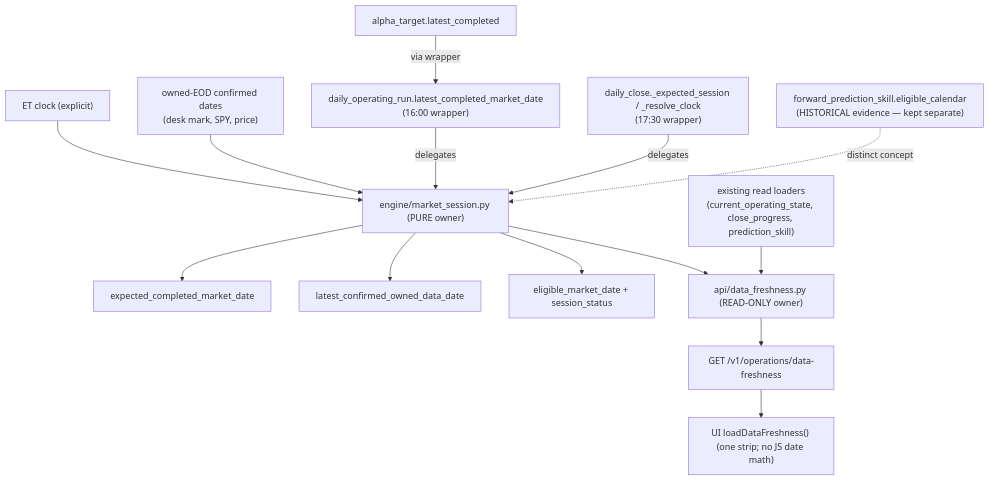
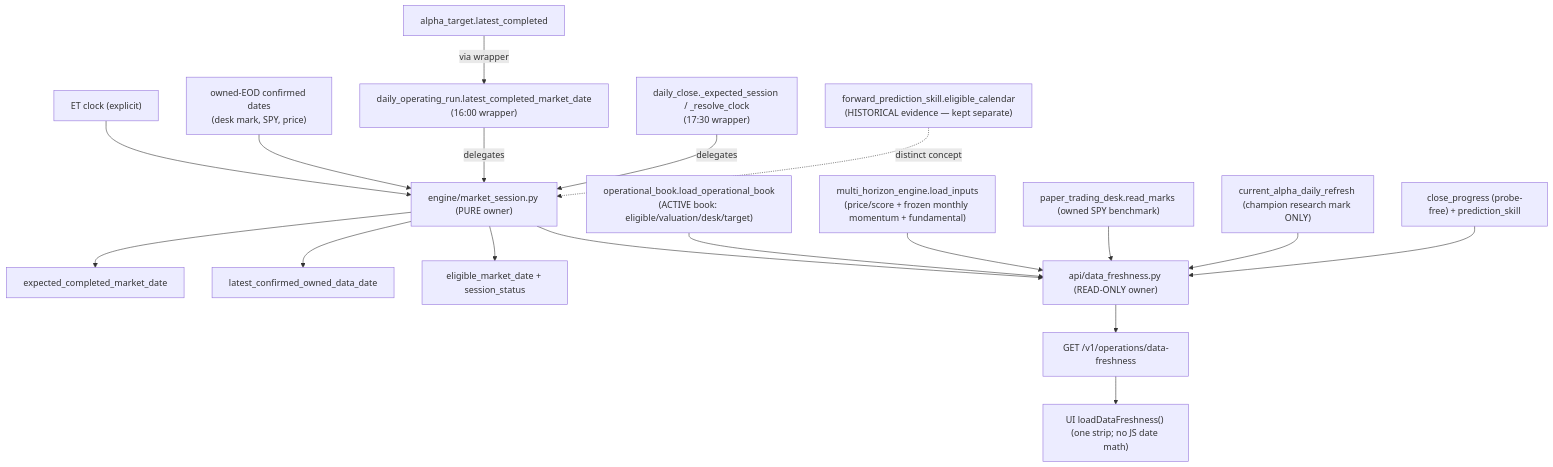
The sixth of 6 diagrams in docs/CURRENT_ARCHITECTURE.md (cdricb05/Market_copilot), drawn with Mermaid before and after one commit. The commit also changed other lines of this file and 7 other files, not shown here.

````diff
--- a/docs/CURRENT_ARCHITECTURE.md
+++ b/docs/CURRENT_ARCHITECTURE.md
@@ -317,16 +317,20 @@
 ```mermaid
 flowchart TD
   CLOCK["ET clock (explicit)"] --> MS["engine/market_session.py (PURE owner)"]
   OWNED["owned-EOD confirmed dates<br/>(desk mark, SPY, price)"] --> MS
   MS --> EXP["expected_completed_market_date"]
   MS --> CONF["latest_confirmed_owned_data_date"]
   MS --> ELIG["eligible_market_date + session_status"]
   DOR["daily_operating_run.latest_completed_market_date<br/>(16:00 wrapper)"] -->|delegates| MS
   DC["daily_close._expected_session / _resolve_clock<br/>(17:30 wrapper)"] -->|delegates| MS
   AT["alpha_target.latest_completed"] -->|via wrapper| DOR
   MS --> DF["api/data_freshness.py (READ-ONLY owner)"]
-  LOADERS["existing read loaders<br/>(current_operating_state, close_progress, prediction_skill)"] --> DF
+  OPB["operational_book.load_operational_book<br/>(ACTIVE book: eligible/valuation/desk/target)"] --> DF
+  ENGIN["multi_horizon_engine.load_inputs<br/>(price/score + frozen monthly momentum + fundamental)"] --> DF
+  DESKM["paper_trading_desk.read_marks (owned SPY benchmark)"] --> DF
+  CADS["current_alpha_daily_refresh (champion research mark ONLY)"] --> DF
+  LOADERS["close_progress (probe-free) + prediction_skill"] --> DF
   DF --> EP["GET /v1/operations/data-freshness"]
   EP --> UI["UI loadDataFreshness() (one strip; no JS date math)"]
   FPS["forward_prediction_skill.eligible_calendar<br/>(HISTORICAL evidence — kept separate)"] -.->|distinct concept| MS
 ```
````
